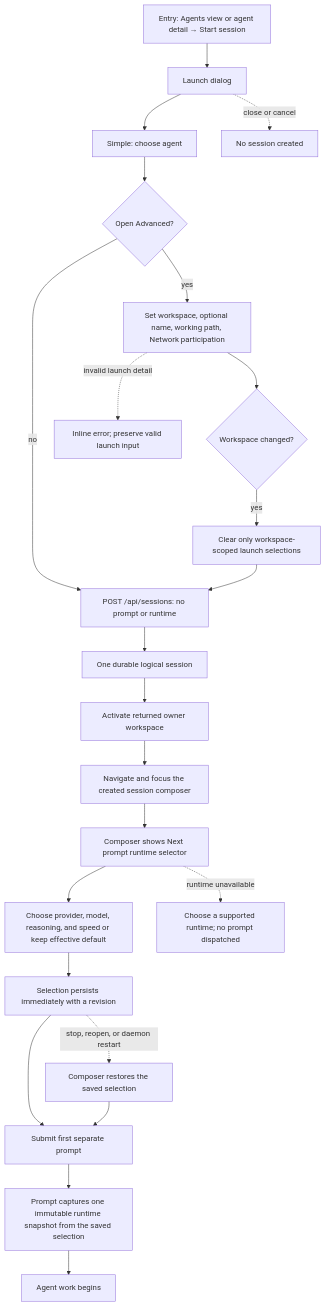
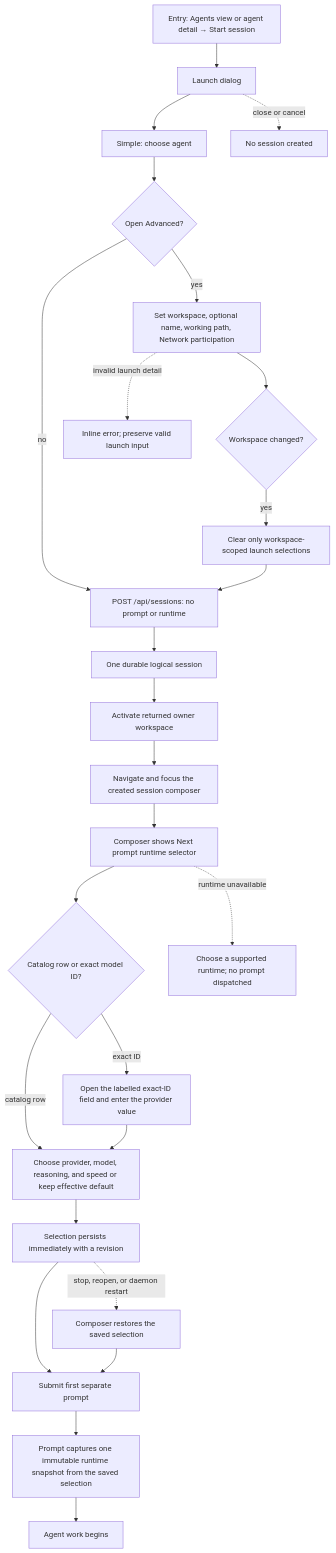
One commit to compozy/compozy changed the diagram in docs/qa/journeys/J-17-session-create-unified-selector.md. Above: the diagram before and after it, drawn with Mermaid. The commit also changed other lines of this file and 58 other files, not shown here.

Commit message:
fix: discover Cursor model catalog before sessions

````diff
--- a/docs/qa/journeys/J-17-session-create-unified-selector.md
+++ b/docs/qa/journeys/J-17-session-create-unified-selector.md
@@ -9,25 +9,28 @@
 ```mermaid
 flowchart TD
     E1[Entry: Agents view or agent detail → Start session] --> D[Launch dialog]
     D --> S[Simple: choose agent]
     S --> ADV{Open Advanced?}
     ADV -->|yes| A[Set workspace, optional name, working path, Network participation]
     ADV -->|no| POST
     A --> W{Workspace changed?}
     W -->|yes| CLR[Clear only workspace-scoped launch selections]
     CLR --> POST[POST /api/sessions: no prompt or runtime]
     POST --> ACCEPT[One durable logical session]
     ACCEPT --> ACT[Activate returned owner workspace]
     ACT --> NAV[Navigate and focus the created session composer]
     NAV --> SEL[Composer shows Next prompt runtime selector]
-    SEL --> PICK[Choose provider, model, reasoning, and speed or keep effective default]
+    SEL --> CHOICE{Catalog row or exact model ID?}
+    CHOICE -->|catalog row| PICK[Choose provider, model, reasoning, and speed or keep effective default]
+    CHOICE -->|exact ID| EXACT[Open the labelled exact-ID field and enter the provider value]
+    EXACT --> PICK
     PICK --> SAVE[Selection persists immediately with a revision]
     SAVE --> SEND[Submit first separate prompt]
     SEND --> SNAP[Prompt captures one immutable runtime snapshot from the saved selection]
     SNAP --> RUN[Agent work begins]
     SAVE -.->|stop, reopen, or daemon restart| RESTORE[Composer restores the saved selection]
     RESTORE --> SEND
     D -.->|close or cancel| ABORT[No session created]
     A -.->|invalid launch detail| FIX[Inline error; preserve valid launch input]
     SEL -.->|runtime unavailable| RECOVER[Choose a supported runtime; no prompt dispatched]
 ```
````
